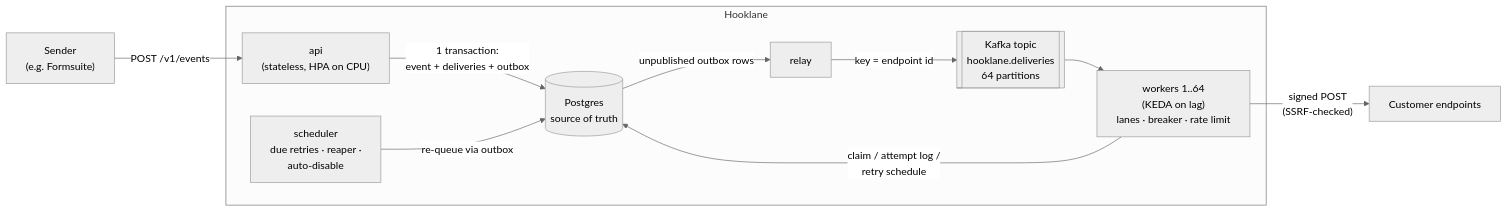
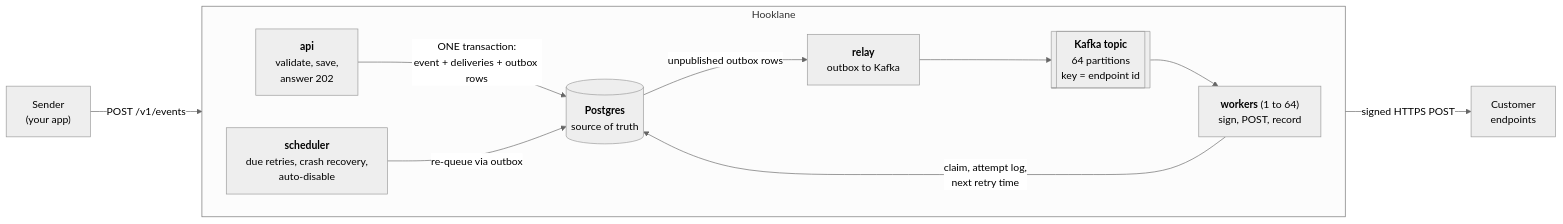
Before and after one commit to BradyEdgar94/webhook-delivery-service: the first of 12 diagrams in README.md, drawn with Mermaid (neutral theme). The commit also changed other lines of this file, not shown here.

First line of the commit message:
Rewrite README as an in-depth guide with diagrams

````diff
--- a/README.md
+++ b/README.md
@@ -15,13 +117,23 @@
 ```mermaid
 flowchart LR
-    S["Sender<br/>(e.g. Formsuite)"] -- "POST /v1/events" --> API
+    S["Sender<br/>(your app)"] -- "POST /v1/events" --> API
+
     subgraph Hooklane
-      API["api<br/>(stateless, HPA on CPU)"] -- "1 transaction:<br/>event + deliveries + outbox" --> PG[("Postgres<br/>source of truth")]
-      PG -- "unpublished outbox rows" --> R["relay"]
-      R -- "key = endpoint id" --> K[["Kafka topic<br/>hooklane.deliveries<br/>64 partitions"]]
-      K --> W["workers 1..64<br/>(KEDA on lag)<br/>lanes · breaker · rate limit"]
-      W -- "claim / attempt log /<br/>retry schedule" --> PG
-      SCH["scheduler<br/>due retries · reaper ·<br/>auto-disable"] -- "re-queue via outbox" --> PG
+      direction LR
+      API["<b>api</b><br/>validate, save,<br/>answer 202"]
+      PG[("<b>Postgres</b><br/>source of truth")]
+      R["<b>relay</b><br/>outbox to Kafka"]
+      K[["<b>Kafka topic</b><br/>64 partitions<br/>key = endpoint id"]]
+      W["<b>workers</b> (1 to 64)<br/>sign, POST, record"]
+      SCH["<b>scheduler</b><br/>due retries, crash recovery,<br/>auto-disable"]
+
+      API -- "ONE transaction:<br/>event + deliveries + outbox rows" --> PG
+      PG -- "unpublished outbox rows" --> R
+      R --> K
+      K --> W
+      W -- "claim, attempt log,<br/>next retry time" --> PG
+      SCH -- "re-queue via outbox" --> PG
     end
-    W -- "signed POST<br/>(SSRF-checked)" --> E["Customer endpoints"]
+
+    W -- "signed HTTPS POST" --> E["Customer<br/>endpoints"]
 ```
````
